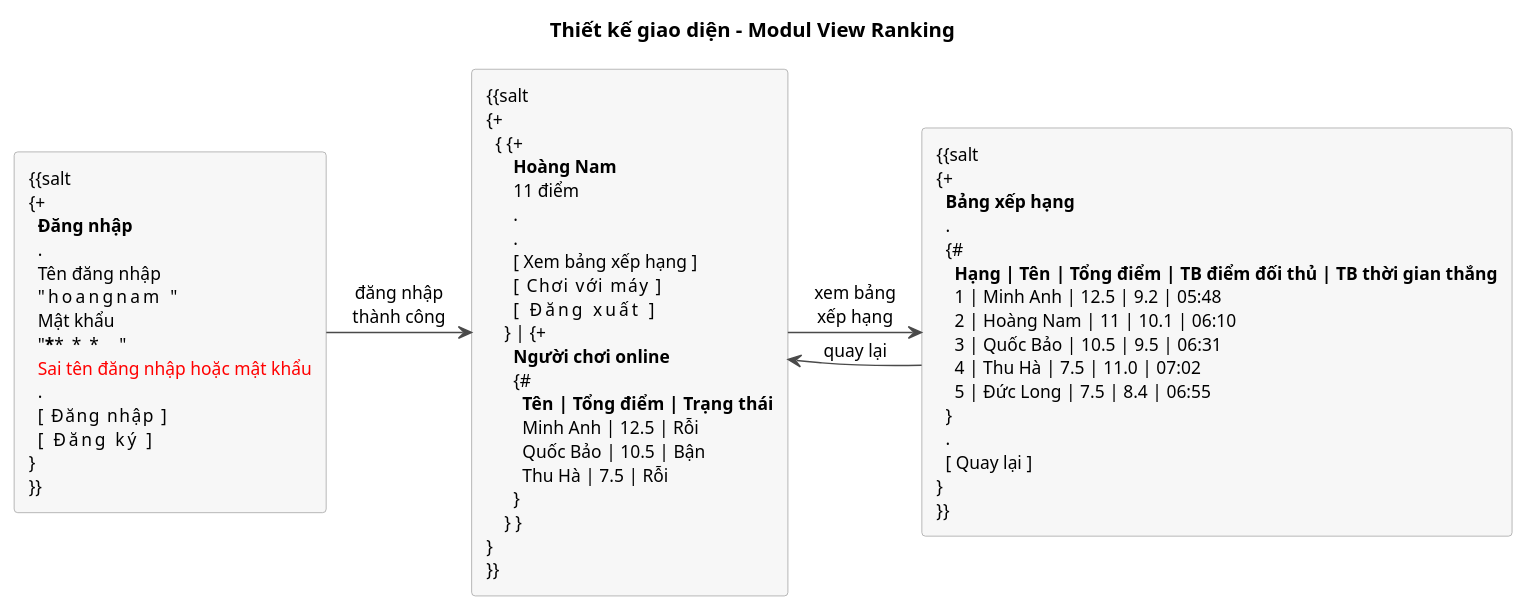
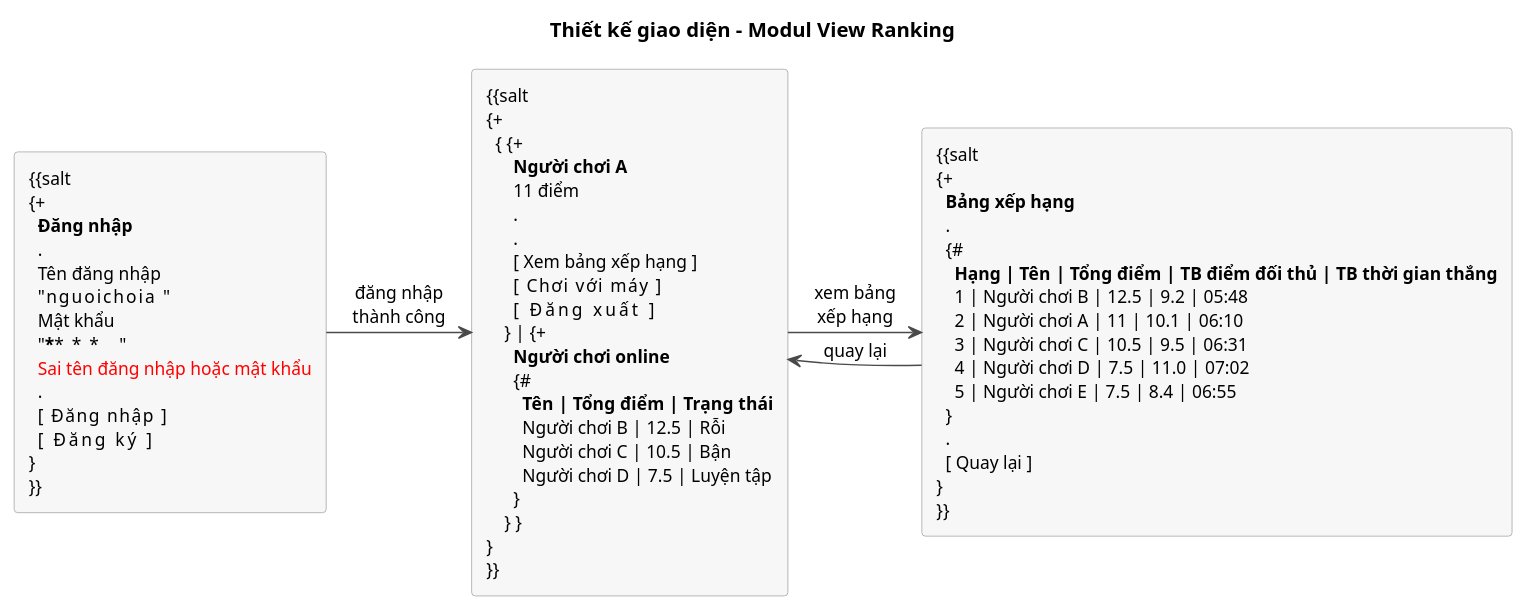
The diagram in docs/uml/pha3/ui-m2.puml (VattenL/mobile-pikachu), drawn with PlantUML before and after one commit. The commit also changed 31 other files, not shown here.

```diff
--- a/docs/uml/pha3/ui-m2.puml
+++ b/docs/uml/pha3/ui-m2.puml
@@ -1,75 +1,75 @@
 @startuml ui-m2
 title Thiết kế giao diện - Modul View Ranking
 
 skinparam shadowing false
 skinparam defaultFontSize 12
 skinparam ArrowColor #4A4A4A
 skinparam rectangle {
   BackgroundColor #F7F7F7
   BorderColor #9E9E9E
 }
 
 rectangle Login [
 {{salt
 {+
   <b>Đăng nhập
   .
   Tên đăng nhập
-  "hoangnam        "
+  "nguoichoia      "
   Mật khẩu
   "********        "
   <color:red>Sai tên đăng nhập hoặc mật khẩu
   .
   [   Đăng nhập   ]
   [    Đăng ký    ]
 }
 }}
 ]
 
 rectangle Main [
 {{salt
 {+
   { {+
-      <b>Hoàng Nam
+      <b>Người chơi A
       11 điểm
       .
       .
       [ Xem bảng xếp hạng ]
       [   Chơi với máy    ]
       [     Đăng xuất     ]
     } | {+
       <b>Người chơi online
       {#
         <b>Tên | <b>Tổng điểm | <b>Trạng thái
-        Minh Anh | 12.5 | Rỗi
-        Quốc Bảo | 10.5 | Bận
-        Thu Hà | 7.5 | Rỗi
+        Người chơi B | 12.5 | Rỗi
+        Người chơi C | 10.5 | Bận
+        Người chơi D | 7.5 | Luyện tập
       }
     } }
 }
 }}
 ]
 
 rectangle Ranking [
 {{salt
 {+
   <b>Bảng xếp hạng
   .
   {#
     <b>Hạng | <b>Tên | <b>Tổng điểm | <b>TB điểm đối thủ | <b>TB thời gian thắng
-    1 | Minh Anh | 12.5 | 9.2 | 05:48
-    2 | Hoàng Nam | 11 | 10.1 | 06:10
-    3 | Quốc Bảo | 10.5 | 9.5 | 06:31
-    4 | Thu Hà | 7.5 | 11.0 | 07:02
-    5 | Đức Long | 7.5 | 8.4 | 06:55
+    1 | Người chơi B | 12.5 | 9.2 | 05:48
+    2 | Người chơi A | 11 | 10.1 | 06:10
+    3 | Người chơi C | 10.5 | 9.5 | 06:31
+    4 | Người chơi D | 7.5 | 11.0 | 07:02
+    5 | Người chơi E | 7.5 | 8.4 | 06:55
   }
   .
   [ Quay lại ]
 }
 }}
 ]
 
 Login -right-> Main : đăng nhập\nthành công
 Main -right-> Ranking : xem bảng\nxếp hạng
 Ranking -left-> Main : quay lại
 @enduml
```
